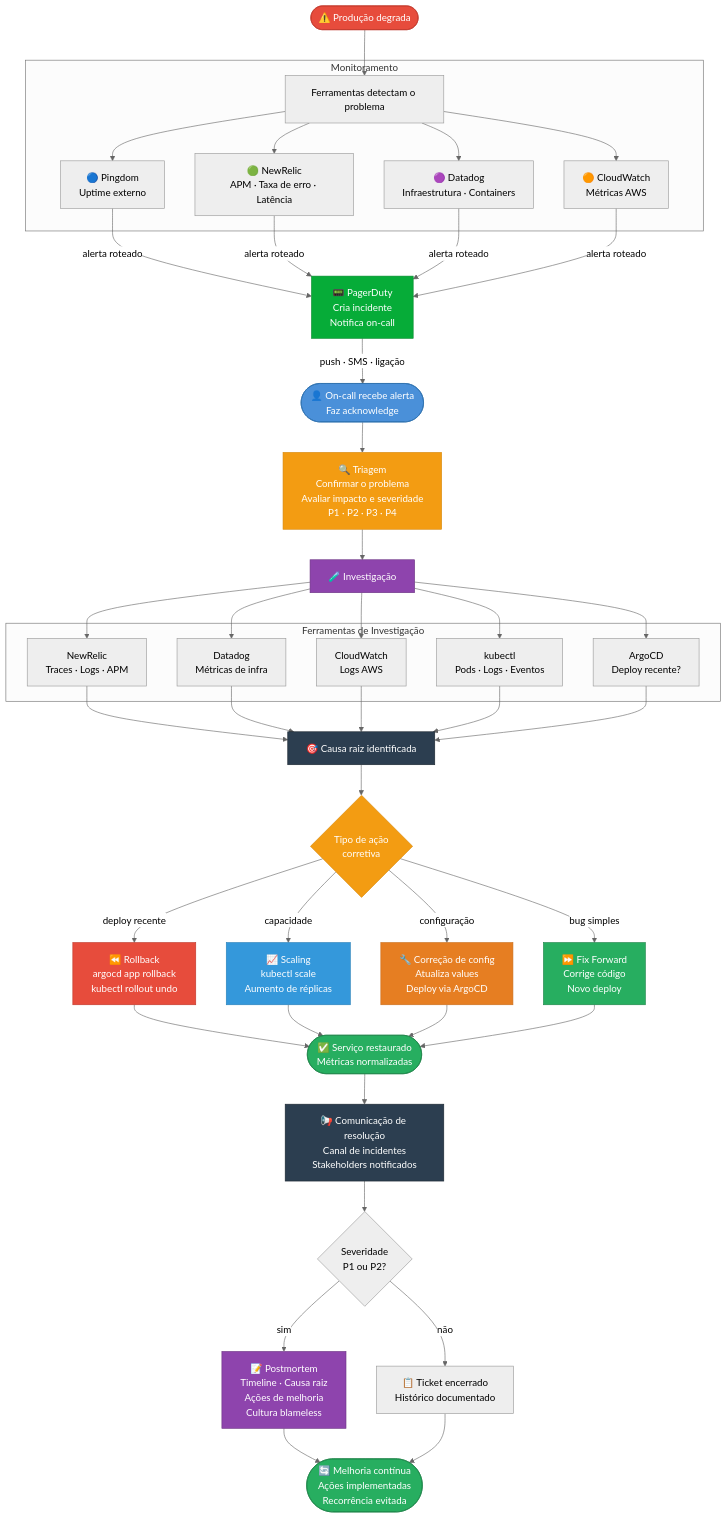
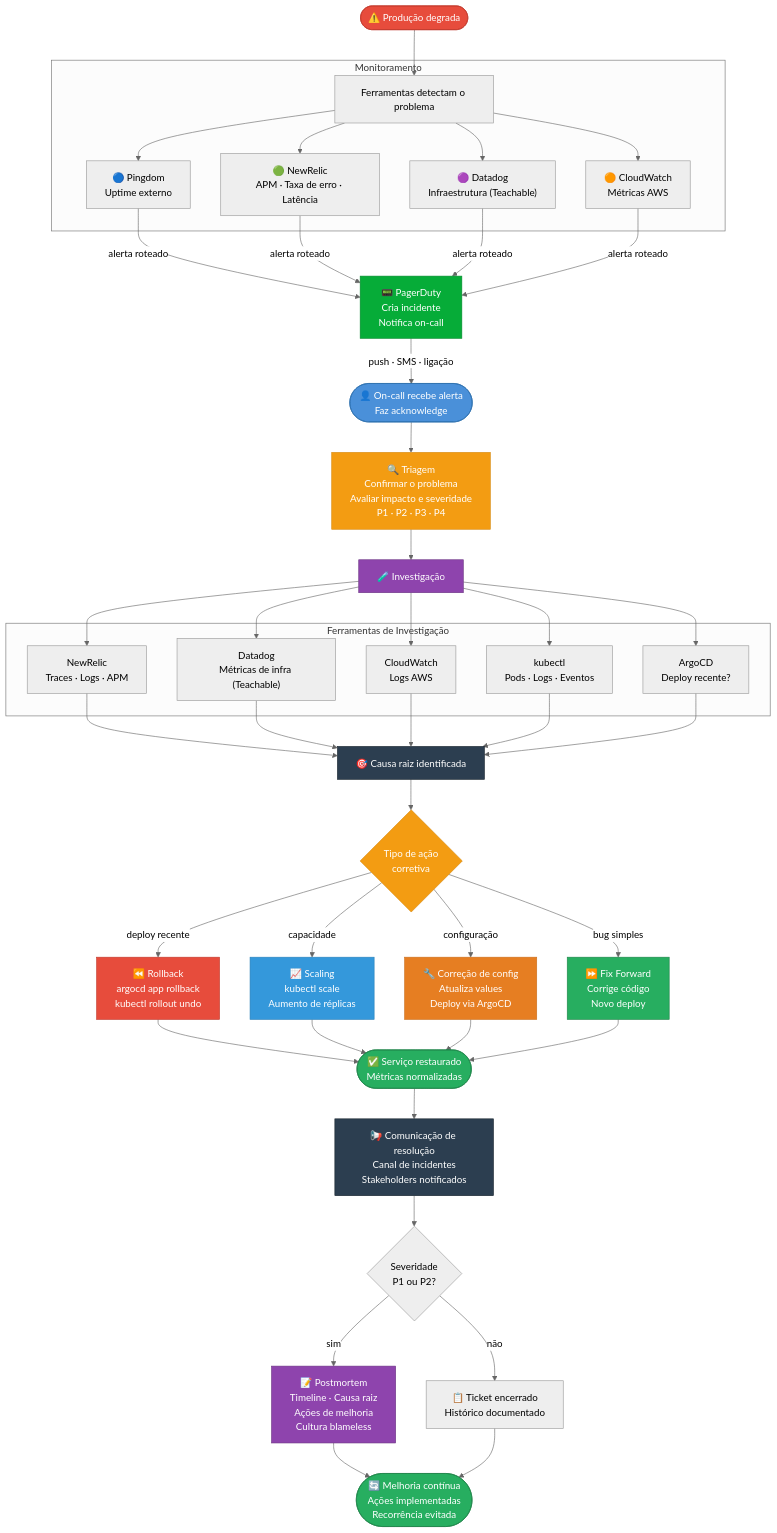
Before and after one commit to projetos-marcoribeiro/devops-onboarding: the first of 2 diagrams in diagrams/incident-response-flow.md, drawn with Mermaid (neutral theme). The commit also changed other lines of this file and 26 other files, not shown here.

Commit message:
fix: corrige ArgoCD como em implementação, Datadog escopo Teachable, adiciona Kubecost/Sentry, links nova aba, Platform Engineering como time DevOps

````diff
--- a/diagrams/incident-response-flow.md
+++ b/diagrams/incident-response-flow.md
@@ -19,72 +19,72 @@
 ```mermaid
 flowchart TD
     A(["⚠️ Produção degrada"]) --> B
 
     subgraph MON ["Monitoramento"]
         B["Ferramentas detectam o problema"]
         B1["🔵 Pingdom\nUptime externo"]
         B2["🟢 NewRelic\nAPM · Taxa de erro · Latência"]
-        B3["🟣 Datadog\nInfraestrutura · Containers"]
+        B3["🟣 Datadog\nInfraestrutura (Teachable)"]
         B4["🟠 CloudWatch\nMétricas AWS"]
         B --> B1 & B2 & B3 & B4
     end
 
     B1 & B2 & B3 & B4 -->|"alerta roteado"| C
 
     C["📟 PagerDuty\nCria incidente\nNotifica on-call"]
 
     C -->|"push · SMS · ligação"| D
 
     D(["👤 On-call recebe alerta\nFaz acknowledge"])
 
     D --> E["🔍 Triagem\nConfirmar o problema\nAvaliar impacto e severidade\nP1 · P2 · P3 · P4"]
 
     E --> F["🧪 Investigação"]
 
     subgraph INV ["Ferramentas de Investigação"]
         F1["NewRelic\nTraces · Logs · APM"]
-        F2["Datadog\nMétricas de infra"]
+        F2["Datadog\nMétricas de infra (Teachable)"]
         F3["CloudWatch\nLogs AWS"]
         F4["kubectl\nPods · Logs · Eventos"]
         F5["ArgoCD\nDeploy recente?"]
     end
 
     F --> F1 & F2 & F3 & F4 & F5
 
     F1 & F2 & F3 & F4 & F5 --> G["🎯 Causa raiz identificada"]
 
     G --> H{"Tipo de ação\ncorretiva"}
 
     H -->|"deploy recente"| I1["⏪ Rollback\nargocd app rollback\nkubectl rollout undo"]
     H -->|"capacidade"| I2["📈 Scaling\nkubectl scale\nAumento de réplicas"]
     H -->|"configuração"| I3["🔧 Correção de config\nAtualiza values\nDeploy via ArgoCD"]
     H -->|"bug simples"| I4["⏩ Fix Forward\nCorrige código\nNovo deploy"]
 
     I1 & I2 & I3 & I4 --> J(["✅ Serviço restaurado\nMétricas normalizadas"])
 
     J --> K["📢 Comunicação de resolução\nCanal de incidentes\nStakeholders notificados"]
 
     K --> L{"Severidade\nP1 ou P2?"}
 
     L -->|"sim"| M["📝 Postmortem\nTimeline · Causa raiz\nAções de melhoria\nCultura blameless"]
     L -->|"não"| N["📋 Ticket encerrado\nHistórico documentado"]
 
     M --> O(["🔄 Melhoria contínua\nAções implementadas\nRecorrência evitada"])
     N --> O
 
     style A fill:#E74C3C,color:#fff,stroke:#c0392b
     style C fill:#06AC38,color:#fff,stroke:#058a2d
     style D fill:#4A90D9,color:#fff,stroke:#2c6fad
     style E fill:#F39C12,color:#fff,stroke:#d68910
     style F fill:#8E44AD,color:#fff,stroke:#6c3483
     style G fill:#2C3E50,color:#fff,stroke:#1a252f
     style H fill:#F39C12,color:#fff,stroke:#d68910
     style I1 fill:#E74C3C,color:#fff,stroke:#c0392b
     style I2 fill:#3498DB,color:#fff,stroke:#2980b9
     style I3 fill:#E67E22,color:#fff,stroke:#ca6f1e
     style I4 fill:#27AE60,color:#fff,stroke:#1e8449
     style J fill:#27AE60,color:#fff,stroke:#1e8449
     style K fill:#2C3E50,color:#fff,stroke:#1a252f
     style M fill:#8E44AD,color:#fff,stroke:#6c3483
     style O fill:#27AE60,color:#fff,stroke:#1e8449
 ```
````
